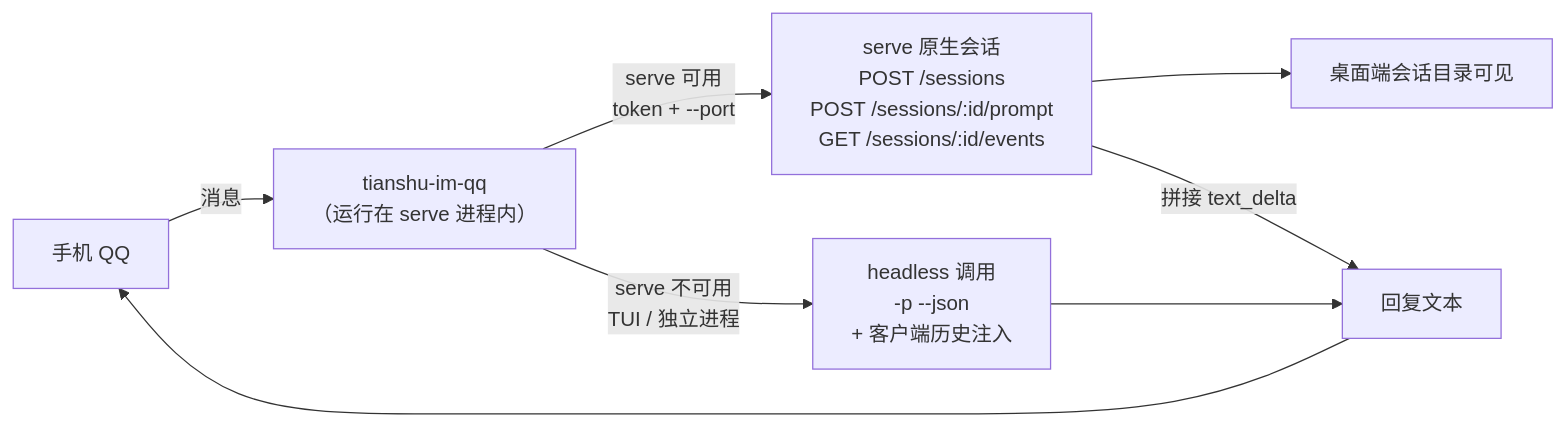
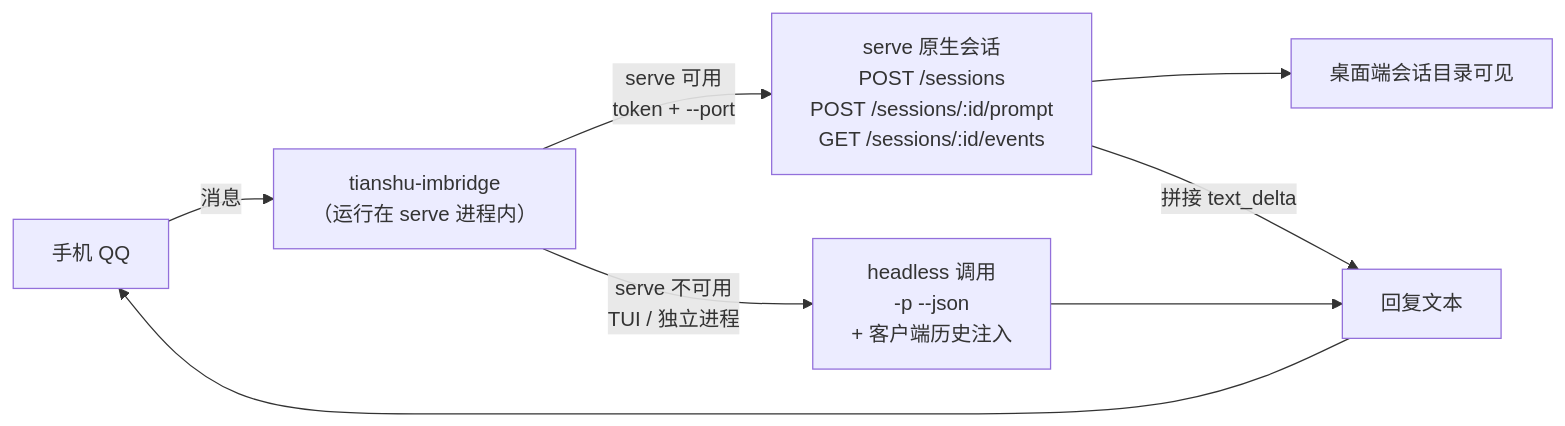
Before and after one commit to KhalilYamber/tianshu-imbridge: the diagram in README.md, drawn with Mermaid. The commit also changed other lines of this file and 7 other files, not shown here.

First line of the commit message:
refactor: 更名 tianshu-imbridge（为多通道铺路）

````diff
--- a/README.md
+++ b/README.md
@@ -73,10 +73,10 @@
 ```mermaid
 flowchart LR
-  QQ["手机 QQ"] -->|消息| P["tianshu-im-qq<br/>（运行在 serve 进程内）"]
+  QQ["手机 QQ"] -->|消息| P["tianshu-imbridge<br/>（运行在 serve 进程内）"]
   P -->|"serve 可用<br/>token + --port"| S["serve 原生会话<br/>POST /sessions<br/>POST /sessions/:id/prompt<br/>GET /sessions/:id/events"]
   P -->|"serve 不可用<br/>TUI / 独立进程"| H["headless 调用<br/>-p --json<br/>+ 客户端历史注入"]
   S --> D["桌面端会话目录可见"]
   S -->|"拼接 text_delta"| R["回复文本"]
   H --> R
   R --> QQ
 ```
````
